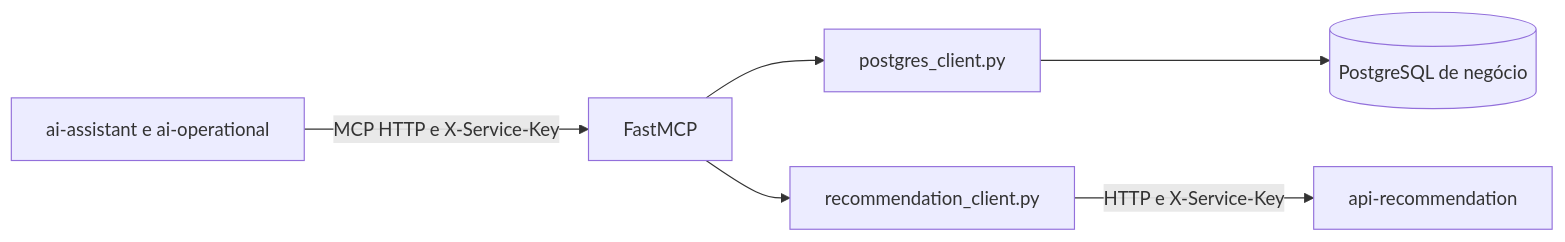
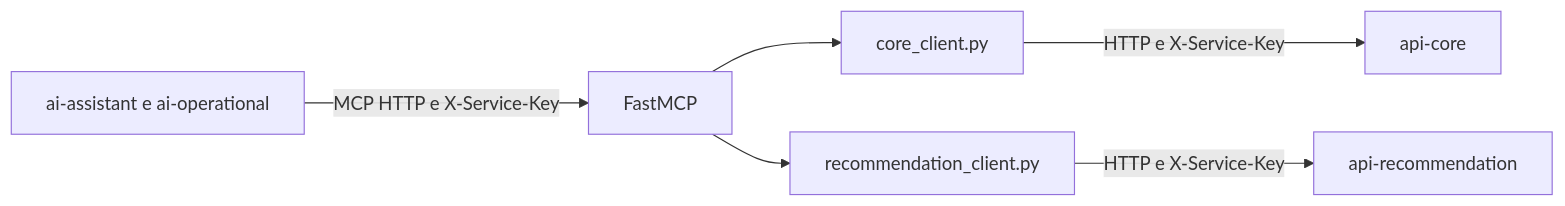
One commit to Solierrr/mcp-database changed the diagram in docs/ARCHITECTURE.md. Above: the diagram before and after it, drawn with Mermaid. The commit also changed other lines of this file and 16 other files, not shown here.

Commit message:
feat: unify the catalog access through the api-core with the service contract

````diff
--- a/docs/ARCHITECTURE.md
+++ b/docs/ARCHITECTURE.md
@@ -9,8 +9,8 @@
 ```mermaid
 flowchart LR
  A[ai-assistant e ai-operational] -->|MCP HTTP e X-Service-Key| M[FastMCP]
- M --> P[postgres_client.py]
- P --> D[(PostgreSQL de negócio)]
+ M --> C[core_client.py]
+ C -->|HTTP e X-Service-Key| K[api-core]
  M --> R[recommendation_client.py]
  R -->|HTTP e X-Service-Key| F[api-recommendation]
 ```
````
